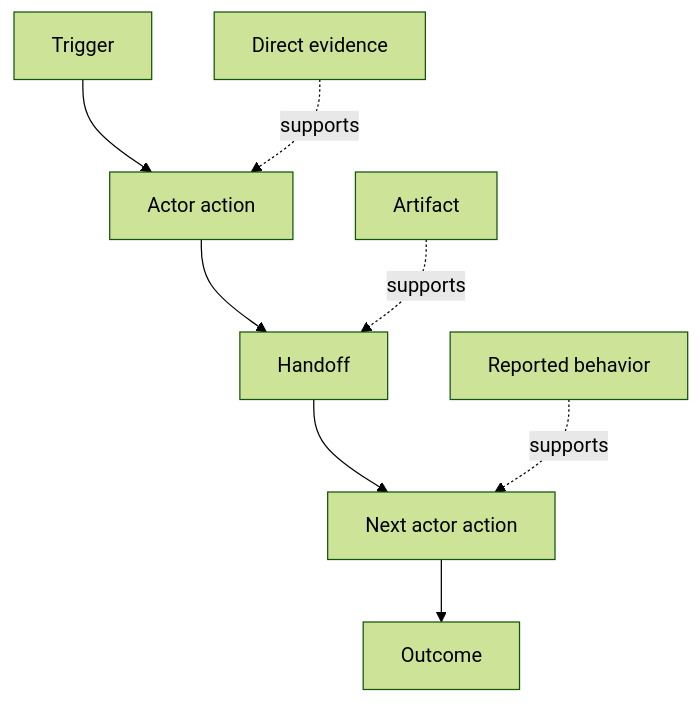
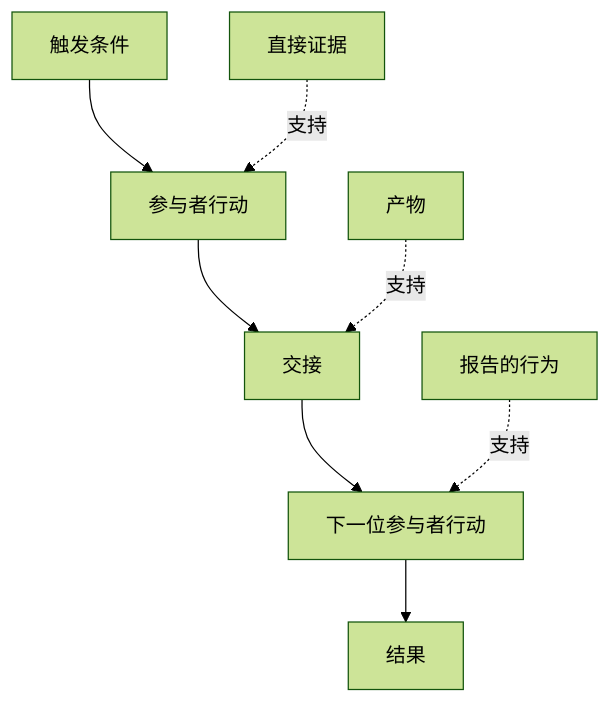
The diagram in phases/14-agent-engineering/48-discover-the-real-workflow/docs/zh.md (fancyboi999/ai-engineering-from-scratch-zh), drawn with Mermaid (forest theme) before and after one commit. The commit also changed 35 other files, not shown here.

````diff
--- a/phases/14-agent-engineering/48-discover-the-real-workflow/docs/zh.md
+++ b/phases/14-agent-engineering/48-discover-the-real-workflow/docs/zh.md
@@ -47,10 +47,10 @@
 ```mermaid
 flowchart TD
-  T[Trigger] --> A1[Actor action]
-  A1 --> H[Handoff]
-  H --> A2[Next actor action]
-  A2 --> O[Outcome]
-  E1[Direct evidence] -.supports.-> A1
-  E2[Artifact] -.supports.-> H
-  E3[Reported behavior] -.supports.-> A2
+  T[触发条件] --> A1[参与者行动]
+  A1 --> H[交接]
+  H --> A2[下一位参与者行动]
+  A2 --> O[结果]
+  E1[直接证据] -.支持.-> A1
+  E2[产物] -.支持.-> H
+  E3[报告的行为] -.支持.-> A2
 ```
````
